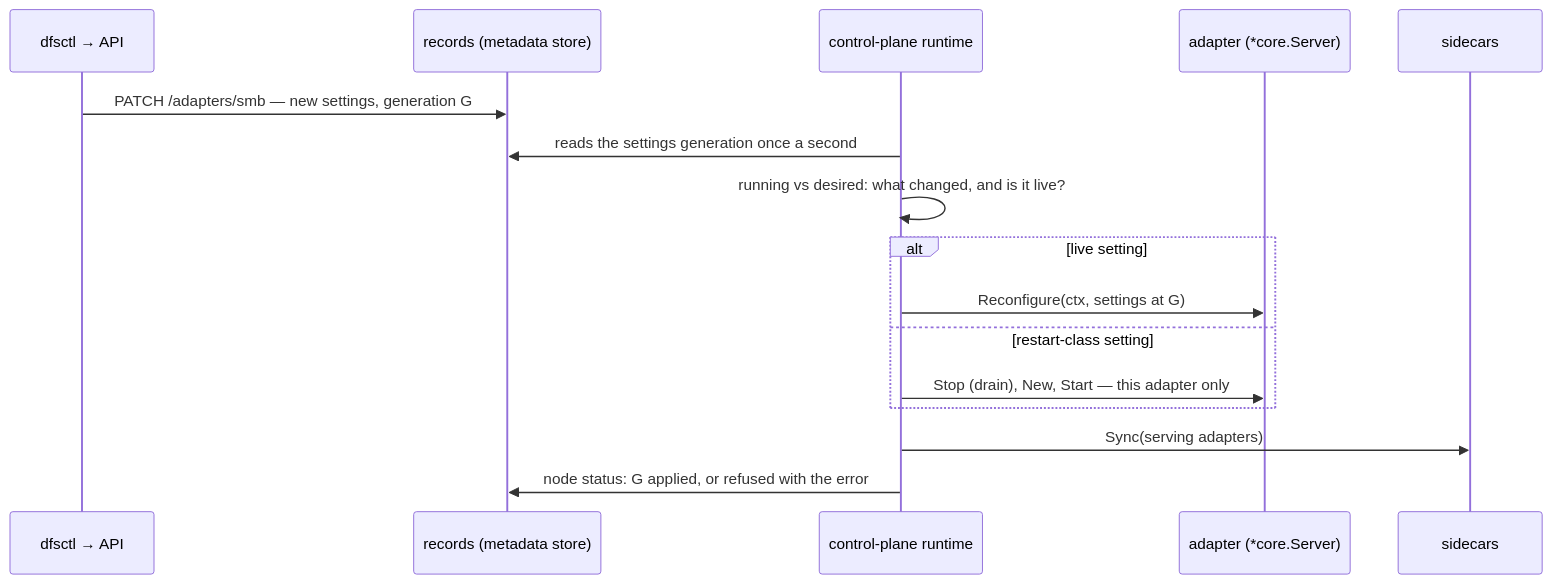
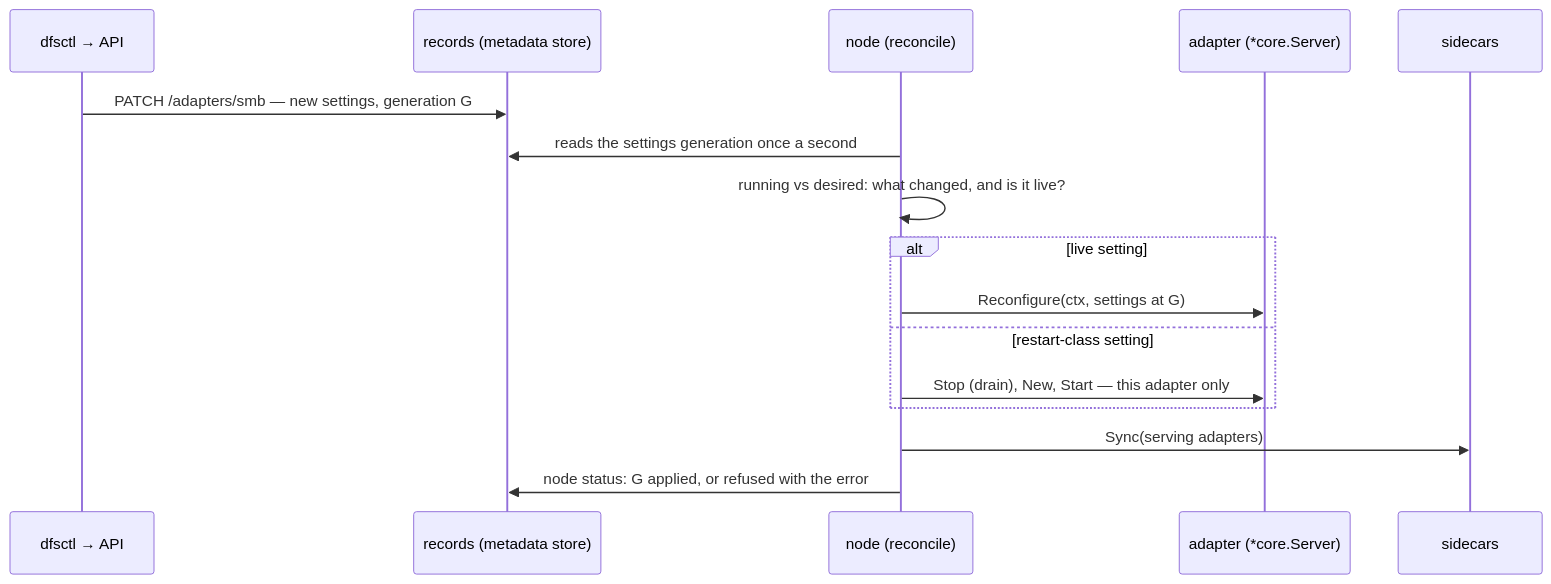
One commit to esignoretti/dittofs changed the second of 3 diagrams in docs/internals/rfcs/rfc-20-adapters.md. Above: the diagram before and after it, drawn with Mermaid. The commit also changed other lines of this file, not shown here.

Commit message:
docs(rfc-20): the node builds and drives adapters, package node

````diff
--- a/docs/internals/rfcs/rfc-20-adapters.md
+++ b/docs/internals/rfcs/rfc-20-adapters.md
@@ -883,18 +883,18 @@
 ```mermaid
 sequenceDiagram
   participant O as dfsctl → API
   participant M as records (metadata store)
-  participant R as control-plane runtime
+  participant R as node (reconcile)
   participant A as adapter (*core.Server)
   participant S as sidecars
   O->>M: PATCH /adapters/smb — new settings, generation G
   R->>M: reads the settings generation once a second
   R->>R: running vs desired: what changed, and is it live?
   alt live setting
     R->>A: Reconfigure(ctx, settings at G)
   else restart-class setting
     R->>A: Stop (drain), New, Start — this adapter only
   end
   R->>S: Sync(serving adapters)
   R->>M: node status: G applied, or refused with the error
 ```
````
